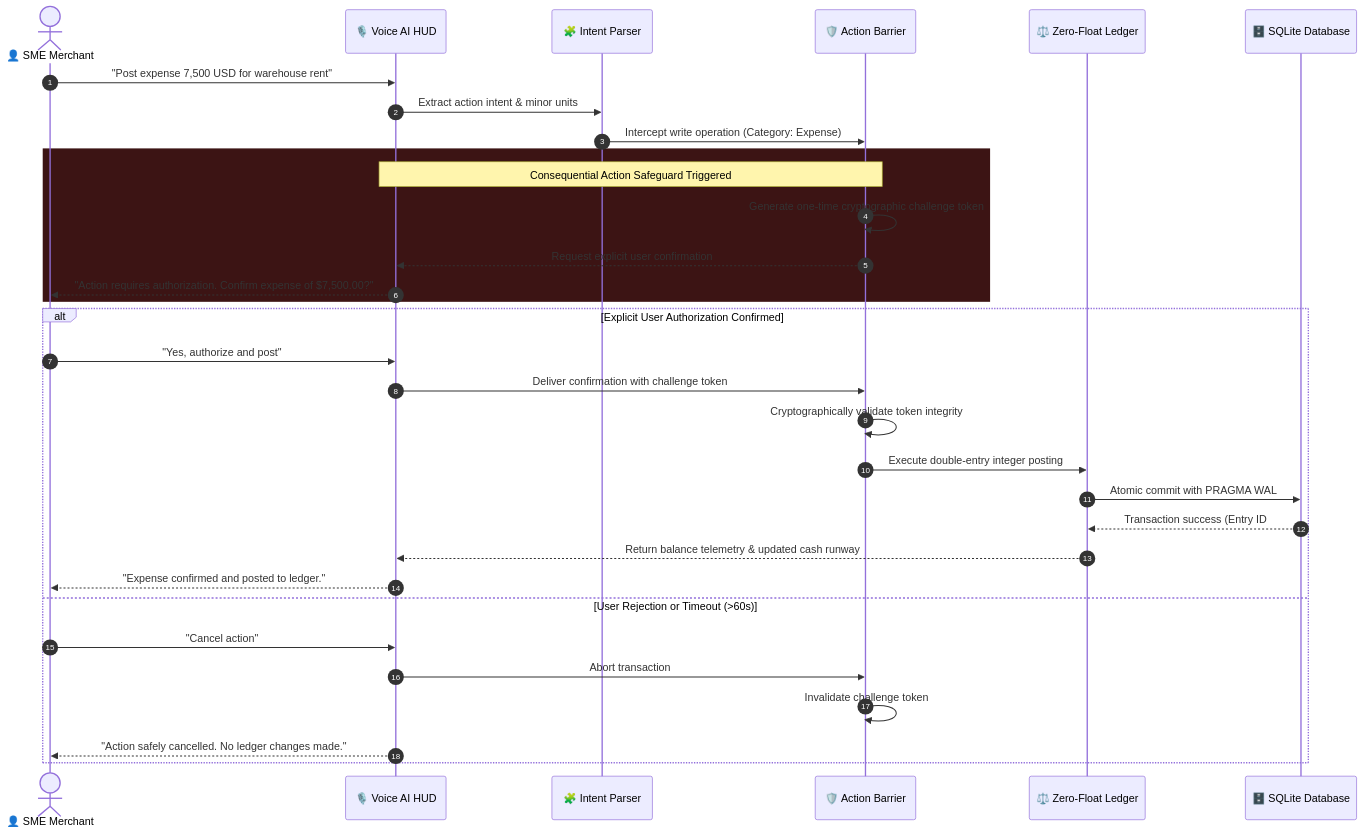
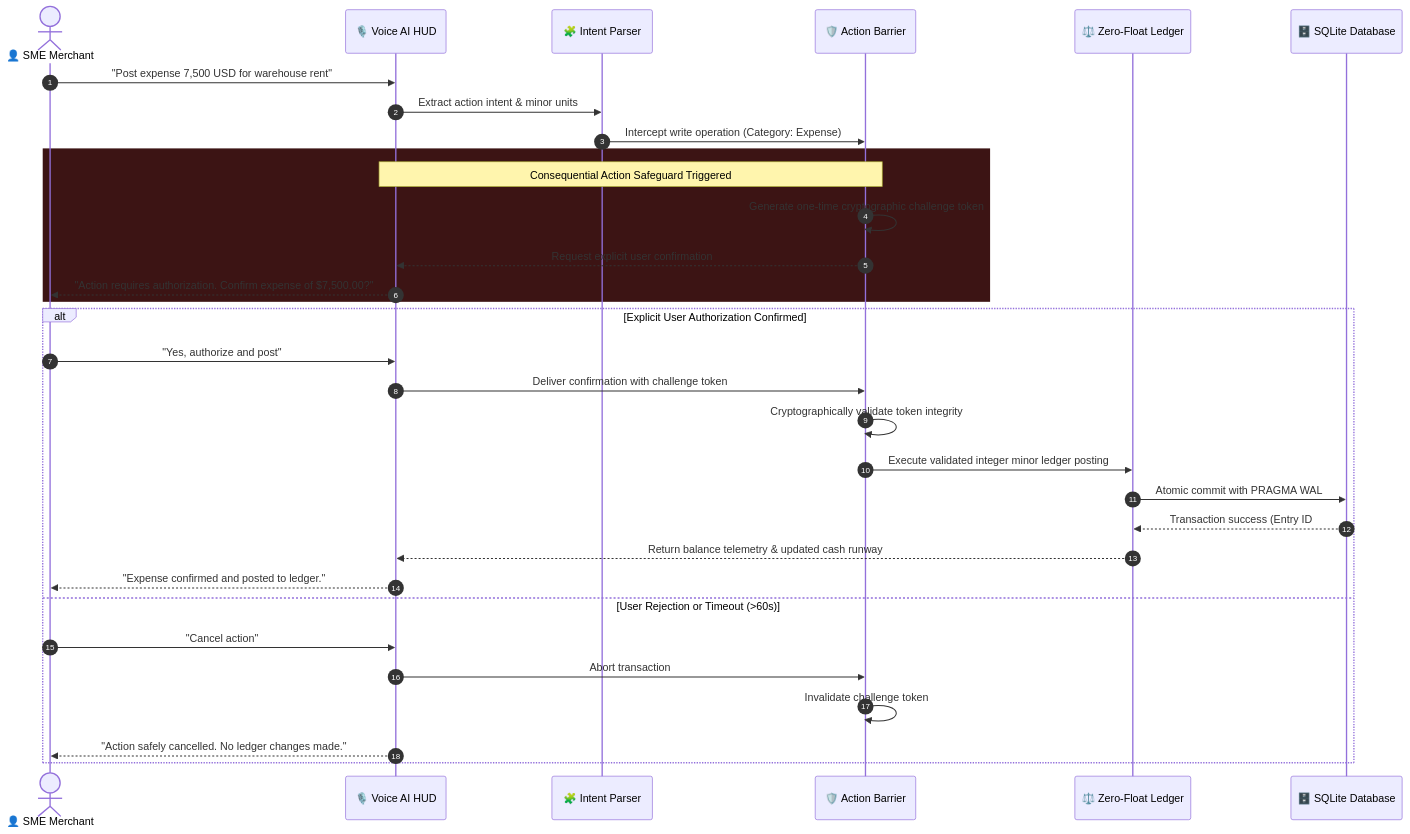
Before and after one commit to ashik123-a1/Finova-Finpilot: the third of 5 diagrams in README.md, drawn with Mermaid. The commit also changed other lines of this file and 25 other files, not shown here.

Commit message:
refactor(repo): organize historical reports into reports/historical/, add MIT LICENSE, eliminate double-entry wording, and make quickstart paths portable

````diff
--- a/README.md
+++ b/README.md
@@ -433,37 +433,37 @@
 ```mermaid
 sequenceDiagram
     autonumber
     actor Merchant as 👤 SME Merchant
     participant HUD as 🎙️ Voice AI HUD
     participant Parser as 🧩 Intent Parser
     participant Barrier as 🛡️ Action Barrier
     participant Ledger as ⚖️ Zero-Float Ledger
     participant DB as 🗄️ SQLite Database
 
     Merchant->>HUD: "Post expense 7,500 USD for warehouse rent"
     HUD->>Parser: Extract action intent & minor units
     Parser->>Barrier: Intercept write operation (Category: Expense)
     
     rect rgb(60, 20, 20)
         Note over Barrier,HUD: Consequential Action Safeguard Triggered
         Barrier->>Barrier: Generate one-time cryptographic challenge token
         Barrier-->>HUD: Request explicit user confirmation
         HUD-->>Merchant: "Action requires authorization. Confirm expense of $7,500.00?"
     end
 
     alt Explicit User Authorization Confirmed
         Merchant->>HUD: "Yes, authorize and post"
         HUD->>Barrier: Deliver confirmation with challenge token
         Barrier->>Barrier: Cryptographically validate token integrity
-        Barrier->>Ledger: Execute double-entry integer posting
+        Barrier->>Ledger: Execute validated integer minor ledger posting
         Ledger->>DB: Atomic commit with PRAGMA WAL
         DB-->>Ledger: Transaction success (Entry ID #355)
         Ledger-->>HUD: Return balance telemetry & updated cash runway
         HUD-->>Merchant: "Expense confirmed and posted to ledger."
     else User Rejection or Timeout (>60s)
         Merchant->>HUD: "Cancel action"
         HUD->>Barrier: Abort transaction
         Barrier->>Barrier: Invalidate challenge token
         HUD-->>Merchant: "Action safely cancelled. No ledger changes made."
     end
 ```
````
